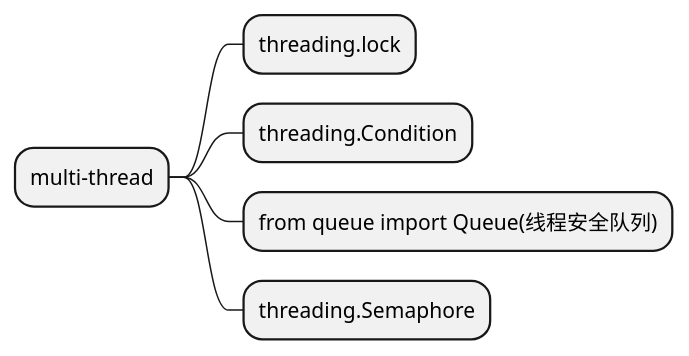
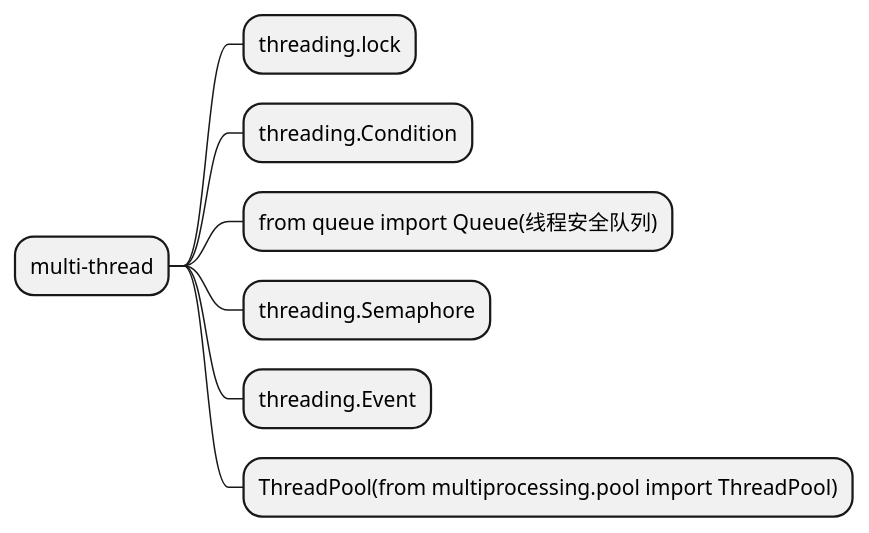
Before and after one commit to zhoukaidev/zhoukaidev.github.io: the diagram in python/wsd/pythonthreading.wsd, drawn with PlantUML.

Commit message:
Deployed 0e1446f with MkDocs version: 1.6.1

```diff
--- a/python/wsd/pythonthreading.wsd
+++ b/python/wsd/pythonthreading.wsd
@@ -1,7 +1,9 @@
 @startmindmap
 * multi-thread
 *** threading.lock
 *** threading.Condition
 *** from queue import Queue(线程安全队列)
 *** threading.Semaphore
+*** threading.Event
+*** ThreadPool(from multiprocessing.pool import ThreadPool)
 @endmindmap
```
